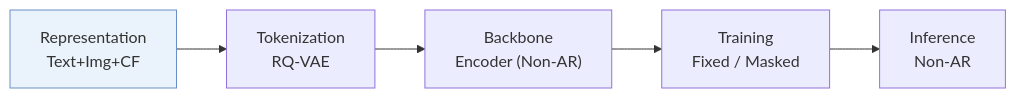
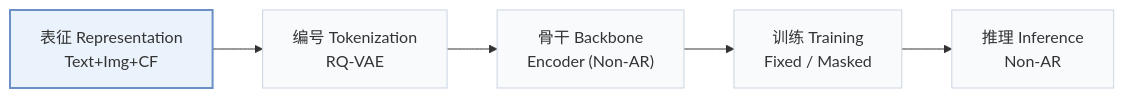
The first of 2 diagrams in pages/zh/papers/q-bert4rec.md (Galaxy-ghost/Awesome-SID-Generative-Rec), drawn with Mermaid before and after one commit. The commit also changed other lines of this file and 649 other files, not shown here.

Commit message:
writer-05: also tags and modality index (schema, check, build, visuals); summary field removed; calibration data for 12 papers

````diff
--- a/pages/zh/papers/q-bert4rec.md
+++ b/pages/zh/papers/q-bert4rec.md
@@ -13,6 +15,8 @@
 ```mermaid
 flowchart LR
-    R["Representation<br/>Text+Img+CF"] --> T["Tokenization<br/>RQ-VAE"] --> B["Backbone<br/>Encoder (Non-AR)"] --> TR["Training<br/>Fixed / Masked"] --> I["Inference<br/>Non-AR"]
-    classDef main fill:#eaf2fb,stroke:#6b8fc7
+    R["表征 Representation<br/>Text+Img+CF"] --> T["编号 Tokenization<br/>RQ-VAE"] --> B["骨干 Backbone<br/>Encoder (Non-AR)"] --> TR["训练 Training<br/>Fixed / Masked"] --> I["推理 Inference<br/>Non-AR"]
+    classDef base fill:#f8fafc,stroke:#cbd5e1
+    class R,T,B,TR,I base
+    classDef main fill:#eaf2fb,stroke:#6b8fc7,stroke-width:2px
     class R main
 ```
````
